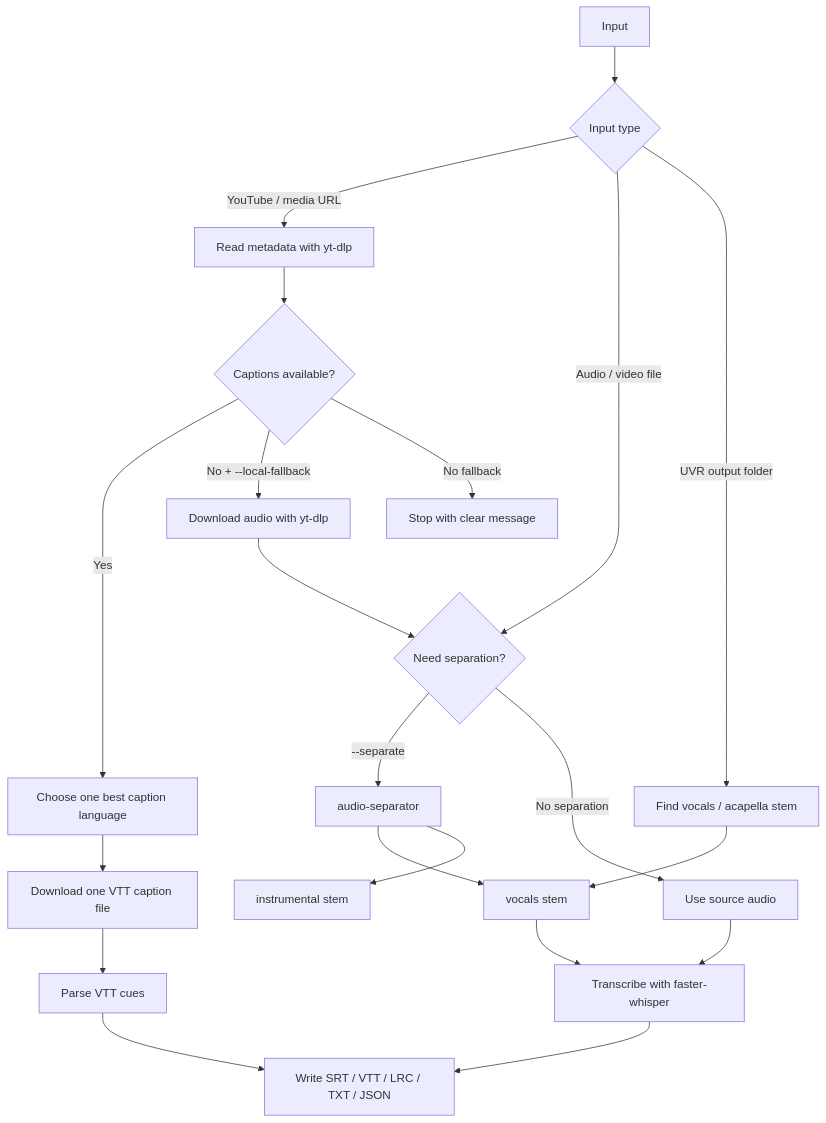
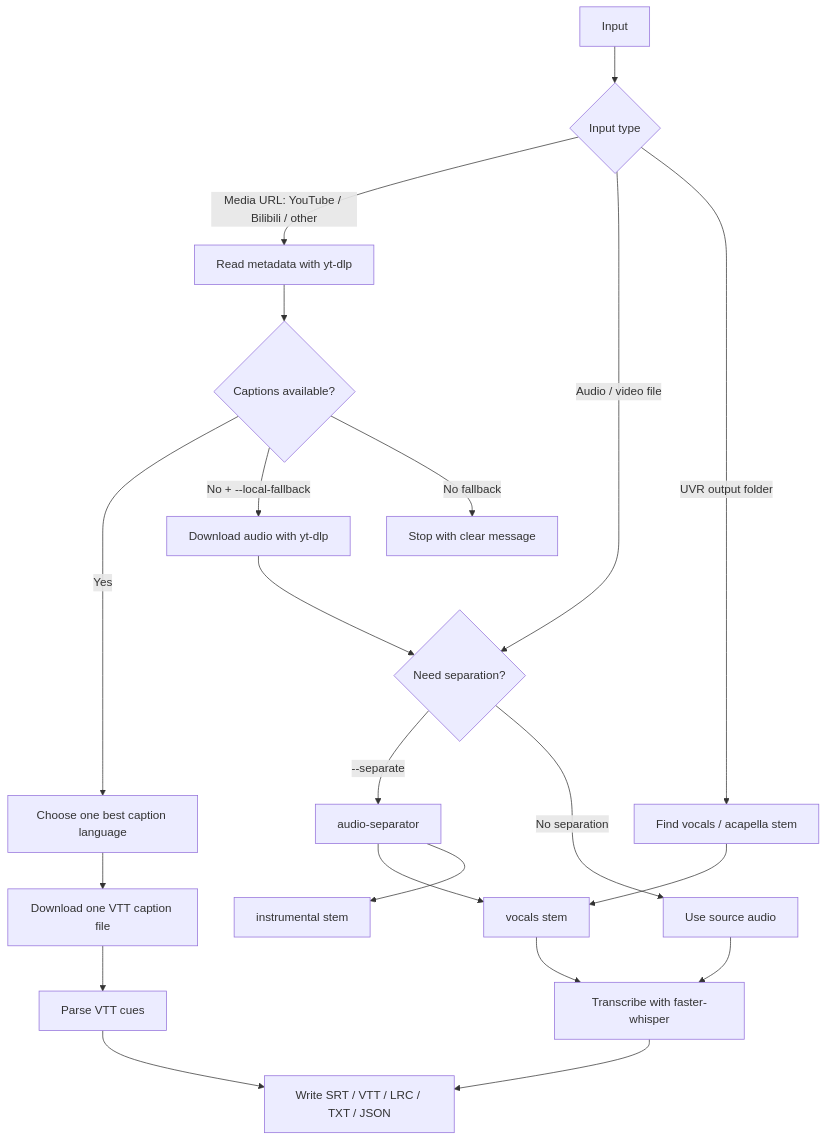
One commit to gottaegbert/audio-workflow-skills changed the diagram in docs/flow.md. Above: the diagram before and after it, drawn with Mermaid. The commit also changed other lines of this file and 19 other files, not shown here.

````diff
--- a/docs/flow.md
+++ b/docs/flow.md
@@ -7,28 +7,28 @@
 ```mermaid
 flowchart TD
   A["Input"] --> B{"Input type"}
 
-  B -->|"YouTube / media URL"| C["Read metadata with yt-dlp"]
+  B -->|"Media URL: YouTube / Bilibili / other"| C["Read metadata with yt-dlp"]
   C --> D{"Captions available?"}
   D -->|Yes| E["Choose one best caption language"]
   E --> F["Download one VTT caption file"]
   F --> G["Parse VTT cues"]
   G --> H["Write SRT / VTT / LRC / TXT / JSON"]
 
   D -->|"No + --local-fallback"| I["Download audio with yt-dlp"]
   D -->|"No fallback"| Z["Stop with clear message"]
 
   B -->|"Audio / video file"| J{"Need separation?"}
   B -->|"UVR output folder"| K["Find vocals / acapella stem"]
 
   I --> J
   J -->|"--separate"| L["audio-separator"]
   L --> M["vocals stem"]
   L --> N["instrumental stem"]
   J -->|"No separation"| O["Use source audio"]
   K --> M
 
   M --> P["Transcribe with faster-whisper"]
   O --> P
   P --> H
 ```
````
